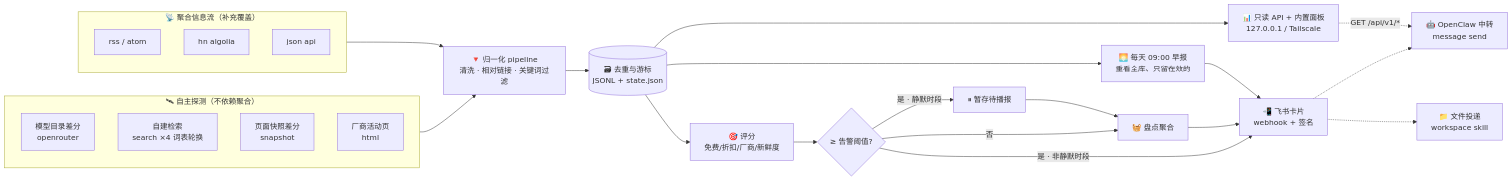
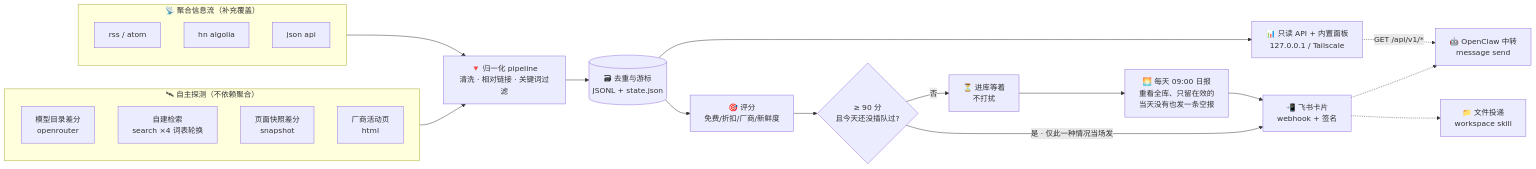
Before and after one commit to xiabee/Deal-Hunter: the first of 5 diagrams in README.md, drawn with Mermaid. The commit also changed other lines of this file and 4 other files, not shown here.

First line of the commit message:
docs: 按日报形态重写 README，并建立 docs/ROADMAP.md 与 STATUS.md

````diff
--- a/README.md
+++ b/README.md
@@ -27,35 +29,32 @@
 ```mermaid
 flowchart LR
     subgraph A["🛰 自主探测（不依赖聚合）"]
         A1["模型目录差分<br/>openrouter"]
         A2["自建检索<br/>search ×4 词表轮换"]
         A3["页面快照差分<br/>snapshot"]
         A4["厂商活动页<br/>html"]
     end
     subgraph B["📡 聚合信息流（补充覆盖）"]
         B1["rss / atom"]
         B2["hn algolia"]
         B3["json api"]
     end
 
     A --> P
     B --> P
     P["🔻 归一化 pipeline<br/>清洗 · 相对链接 · 关键词过滤"]
 
     P --> D[("🗃 去重与游标<br/>JSONL + state.json")]
     D --> S["🎯 评分<br/>免费/折扣/厂商/新鲜度"]
-    S --> F{"≥ 告警阈值?"}
+    S --> F{"≥ 90 分<br/>且今天还没插队过?"}
 
-    F -- "是 · 非静默时段" --> N1["📲 飞书卡片<br/>webhook + 签名"]
-    F -- "是 · 静默时段" --> HOLD["⏸ 暂存待播报"]
-    F -- "否" --> DIG["🧺 盘点聚合"]
-    HOLD --> DIG
-    DIG --> N1
-    D --> DAY["🌅 每天 09:00 早报<br/>重看全库、只留在效的"]
+    F -- "是 · 仅此一种情况当场发" --> N1["📲 飞书卡片<br/>webhook + 签名"]
+    F -- "否" --> WAIT["⏳ 进库等着<br/>不打扰"]
+    WAIT --> DAY["🌅 每天 09:00 日报<br/>重看全库、只留在效的<br/>当天没有也发一条空报"]
     DAY --> N1
     N1 -.-> N2["🤖 OpenClaw 中转<br/>message send"]
     N1 -.-> N3["📁 文件投递<br/>workspace skill"]
 
     D --> API["📊 只读 API + 内置面板<br/>127.0.0.1 / Tailscale"]
     API -.->|"GET /api/v1/*"| N2
 ```
````
